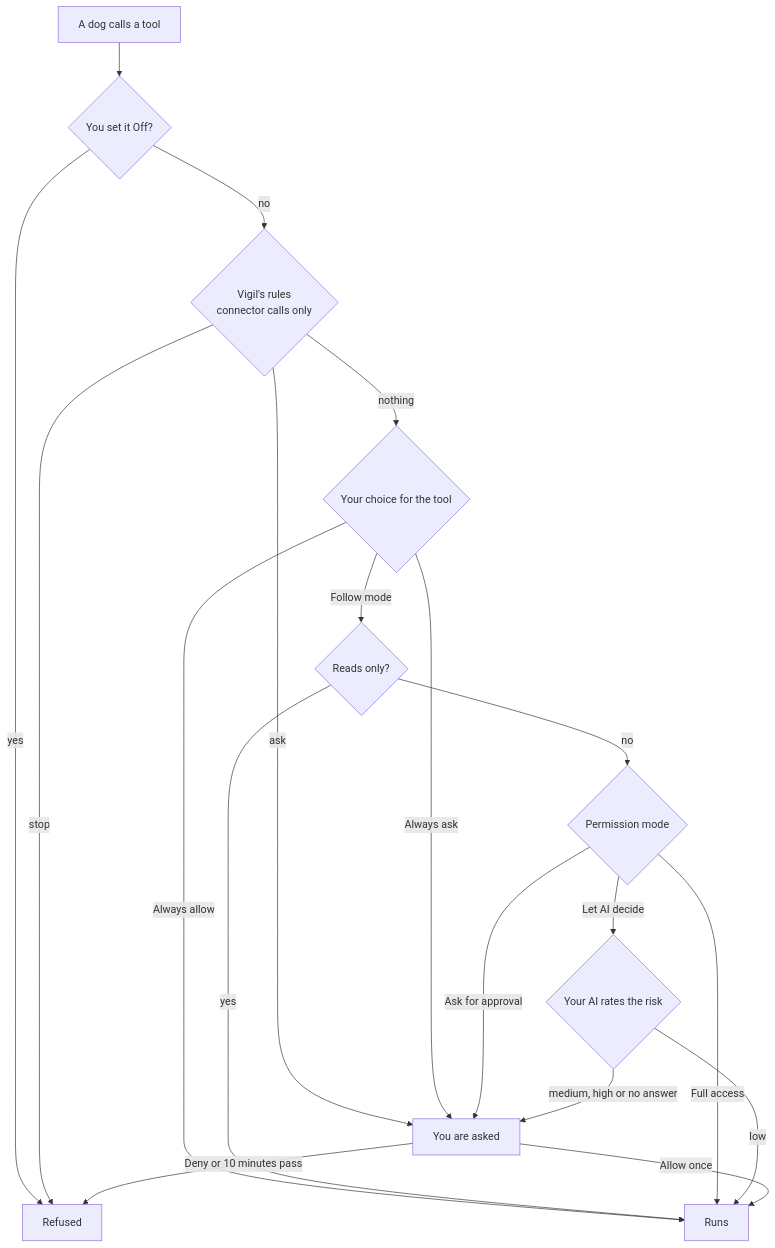
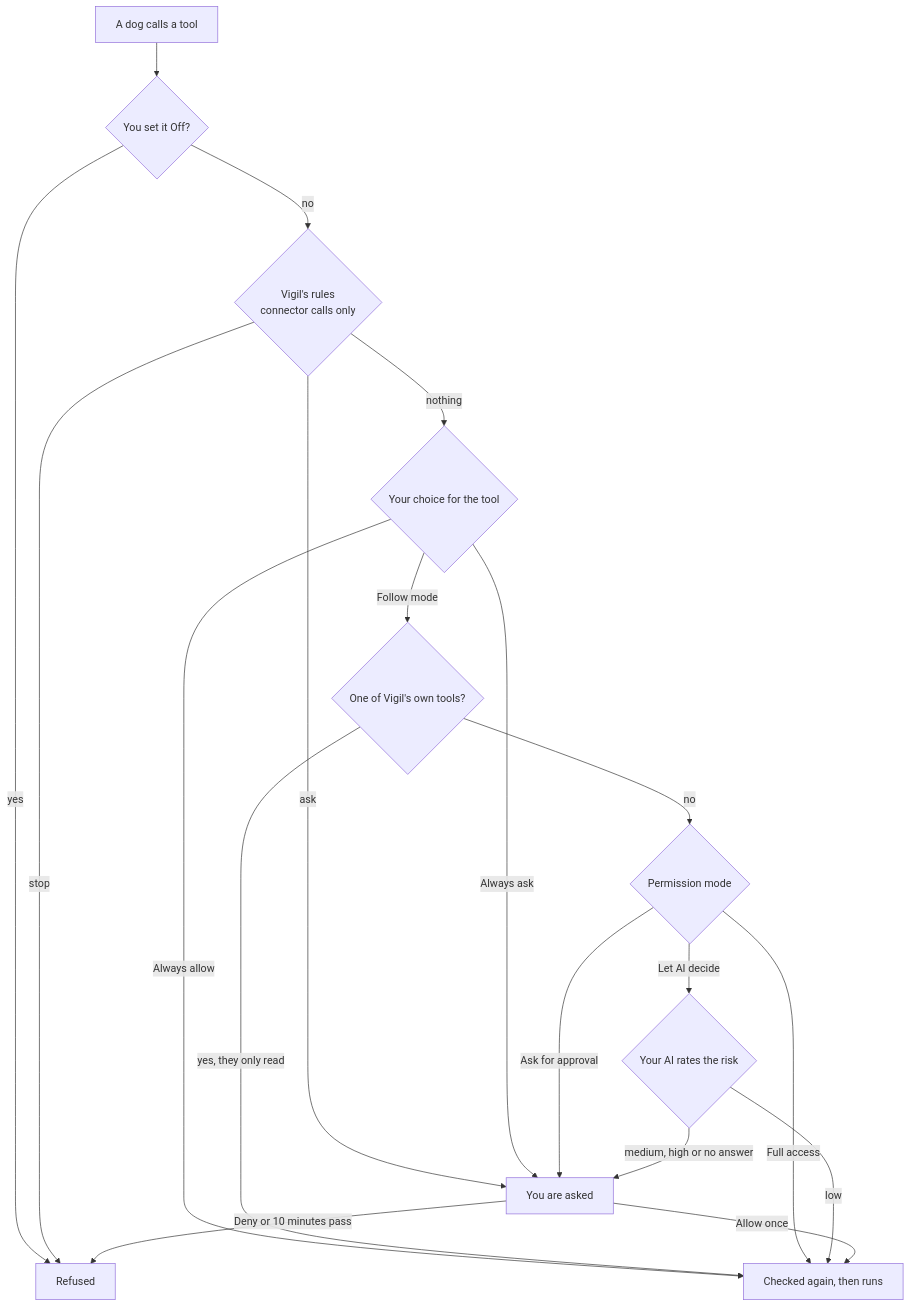
One commit to ShmalexM/Vigil-at-Home changed the diagram in docs/pack.md. Above: the diagram before and after it, drawn with Mermaid. The commit also changed other lines of this file and 7 other files, not shown here.

First line of the commit message:
pack: never trust a connector's read-only hint; check again before each call

````diff
--- a/docs/pack.md
+++ b/docs/pack.md
@@ -27,21 +27,21 @@
 ```mermaid
 flowchart TD
   call[A dog calls a tool] --> off{You set it Off?}
   off -- yes --> refused[Refused]
   off -- no --> rules{Vigil's rules<br/>connector calls only}
   rules -- stop --> refused
   rules -- ask --> ask[You are asked]
   rules -- nothing --> choice{Your choice for the tool}
   choice -- Always ask --> ask
-  choice -- Always allow --> run[Runs]
-  choice -- Follow mode --> ro{Reads only?}
-  ro -- yes --> run
+  choice -- Always allow --> run[Checked again, then runs]
+  choice -- Follow mode --> ro{One of Vigil's own tools?}
+  ro -- yes, they only read --> run
   ro -- no --> mode{Permission mode}
   mode -- Ask for approval --> ask
   mode -- Full access --> run
   mode -- Let AI decide --> judge{Your AI rates the risk}
   judge -- low --> run
   judge -- medium, high or no answer --> ask
   ask -- Allow once --> run
   ask -- Deny or 10 minutes pass --> refused
 ```
````
